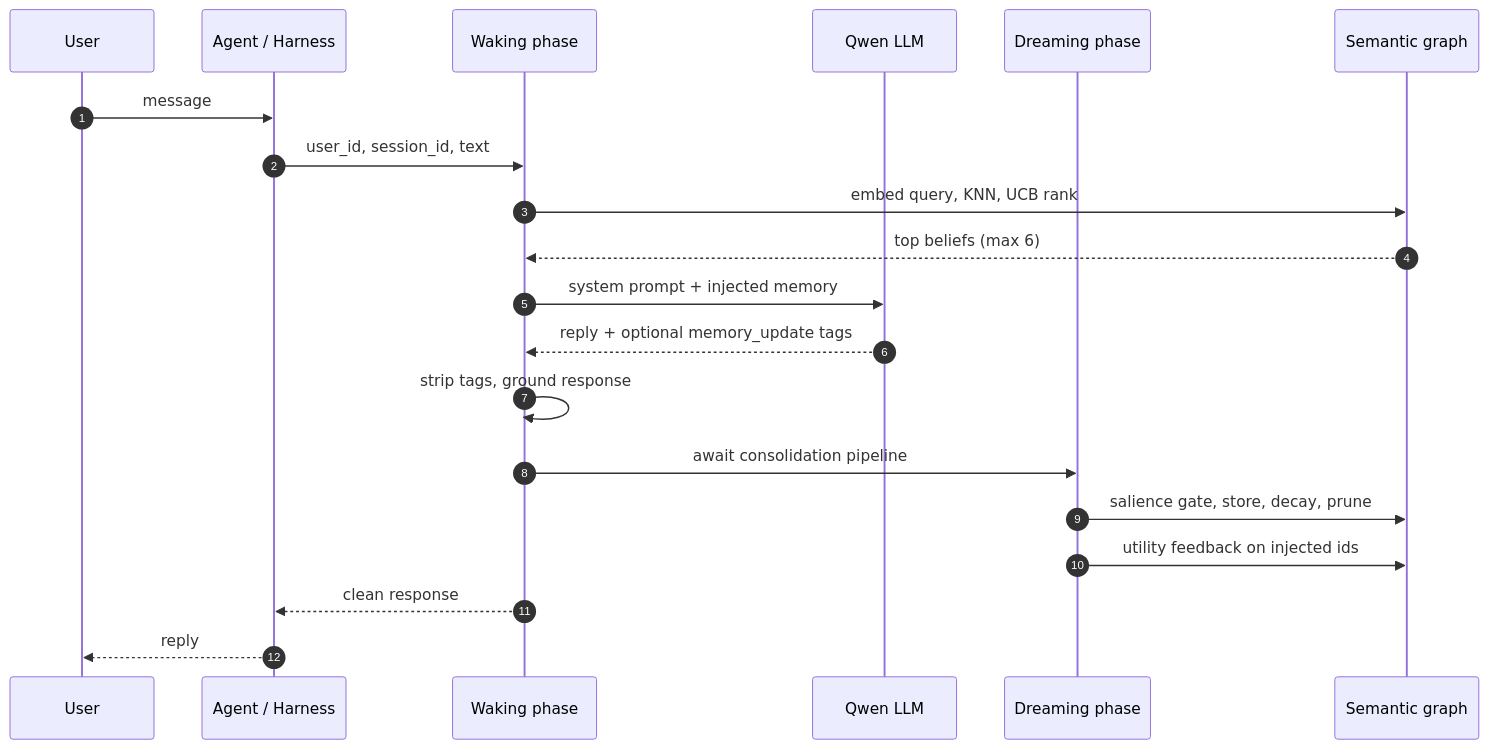
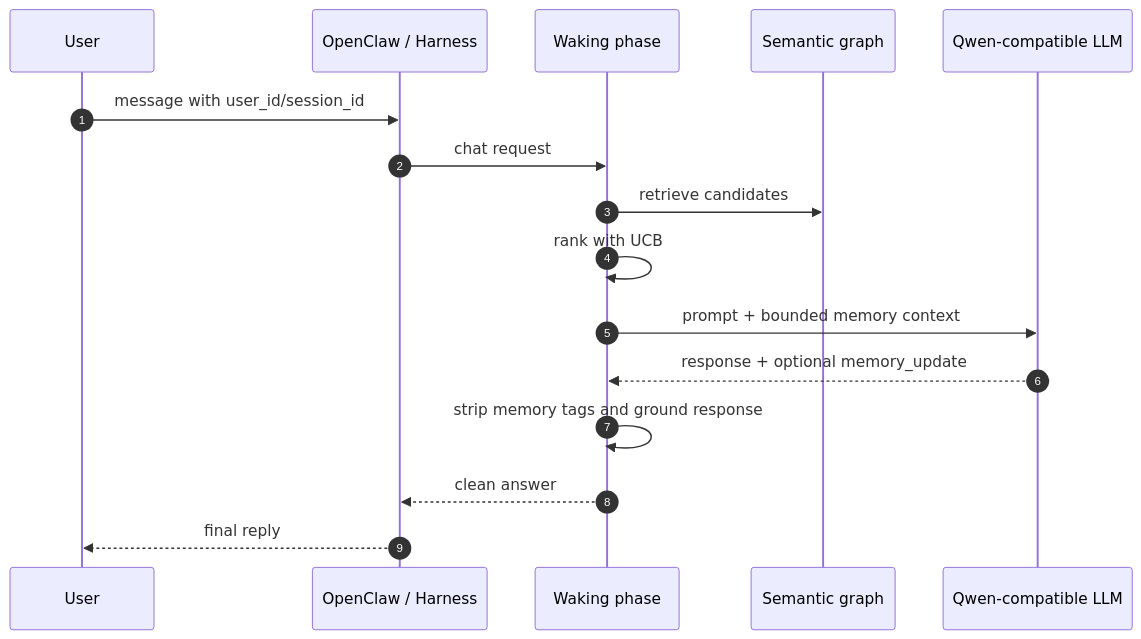
One commit to crankysmh47/MnemAgent changed the second of 4 diagrams in README.md. Above: the diagram before and after it, drawn with Mermaid. The commit also changed other lines of this file and 4 other files, not shown here.

````diff
--- a/README.md
+++ b/README.md
@@ -92,23 +132,19 @@
 ```mermaid
 sequenceDiagram
   autonumber
   participant U as User
-  participant A as Agent / Harness
+  participant A as OpenClaw / Harness
   participant W as Waking phase
-  participant L as Qwen LLM
-  participant D as Dreaming phase
   participant G as Semantic graph
+  participant L as Qwen-compatible LLM
 
-  U->>A: message
-  A->>W: user_id, session_id, text
-  W->>G: embed query, KNN, UCB rank
-  G-->>W: top beliefs (max 6)
-  W->>L: system prompt + injected memory
-  L-->>W: reply + optional memory_update tags
-  W->>W: strip tags, ground response
-  W->>D: await consolidation pipeline
-  D->>G: salience gate, store, decay, prune
-  D->>G: utility feedback on injected ids
-  W-->>A: clean response
-  A-->>U: reply
+  U->>A: message with user_id/session_id
+  A->>W: chat request
+  W->>G: retrieve candidates
+  W->>W: rank with UCB
+  W->>L: prompt + bounded memory context
+  L-->>W: response + optional memory_update
+  W->>W: strip memory tags and ground response
+  W-->>A: clean answer
+  A-->>U: final reply
 ```
````
